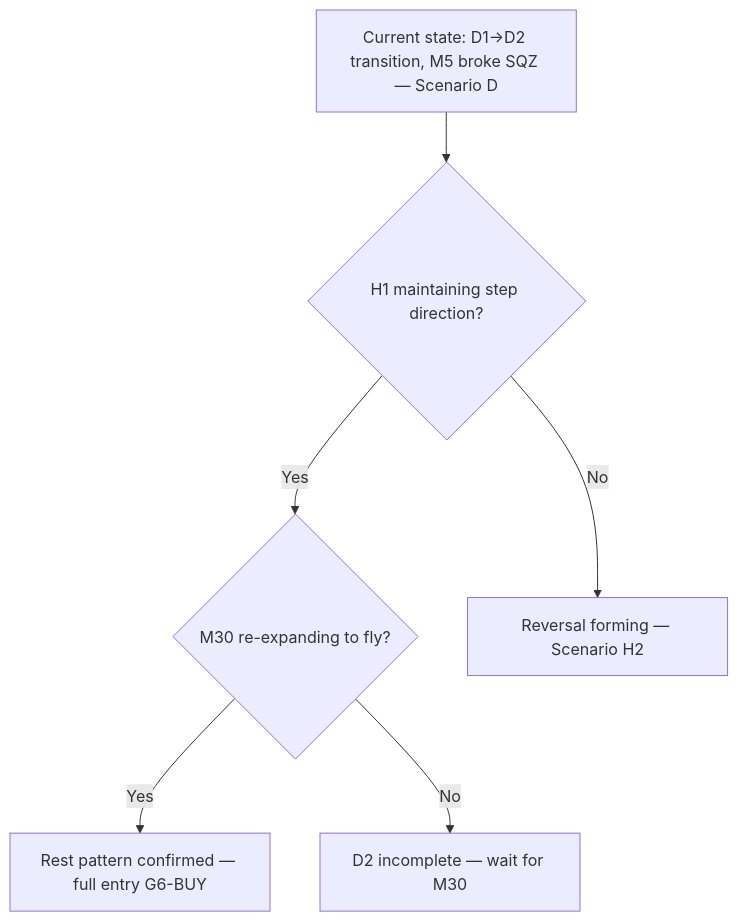
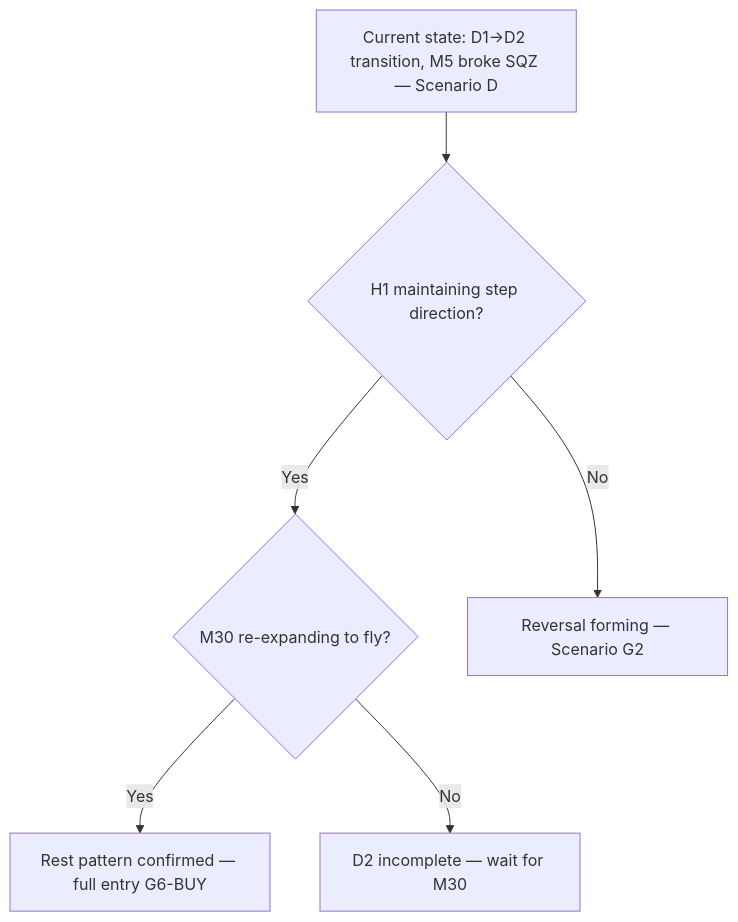
One commit to Terrypang89/BB_MTF_M15_STRATEGY changed the tenth of 25 diagrams in references/backtest_chart_analysis.md. Above: the diagram before and after it, drawn with Mermaid. The commit also changed other lines of this file, not shown here.

Commit message:
Rename Scenario H to Scenario G — align doc naming with harness/code (G1-G4), all sub-state content preserved, OOS-UNVALIDATED flags added

````diff
--- a/references/backtest_chart_analysis.md
+++ b/references/backtest_chart_analysis.md
@@ -2178,9 +2178,9 @@
 ```mermaid
 flowchart TD
     A["Current state: D1→D2 transition, M5 broke SQZ — Scenario D"]
     A --> B{"H1 maintaining step direction?"}
     B -->|Yes| C{"M30 re-expanding to fly?"}
     C -->|Yes| D["Rest pattern confirmed — full entry G6-BUY"]
     C -->|No| E["D2 incomplete — wait for M30"]
-    B -->|No| F["Reversal forming — Scenario H2"]
+    B -->|No| F["Reversal forming — Scenario G2"]
 ```
````
